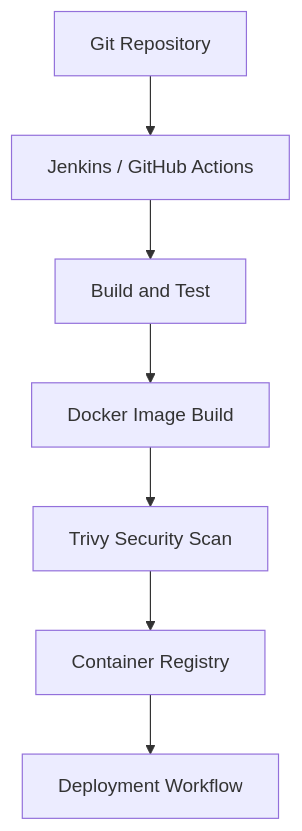
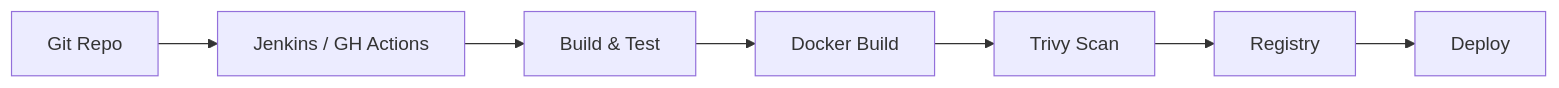
One commit to manesaurabh1704-devops/manesaurabh1704-devops changed the seventh of 8 diagrams in README.md. Above: the diagram before and after it, drawn with Mermaid. The commit also changed other lines of this file, not shown here.

````diff
--- a/README.md
+++ b/README.md
@@ -493,9 +235,4 @@
 ```mermaid
-flowchart TD
-    A["Git Repository"] --> B["Jenkins / GitHub Actions"]
-    B --> C["Build and Test"]
-    C --> D["Docker Image Build"]
-    D --> E["Trivy Security Scan"]
-    E --> F["Container Registry"]
-    F --> G["Deployment Workflow"]
+flowchart LR
+    A["Git Repo"] --> B["Jenkins / GH Actions"] --> C["Build & Test"] --> D["Docker Build"] --> E["Trivy Scan"] --> F["Registry"] --> G["Deploy"]
 ```
````
